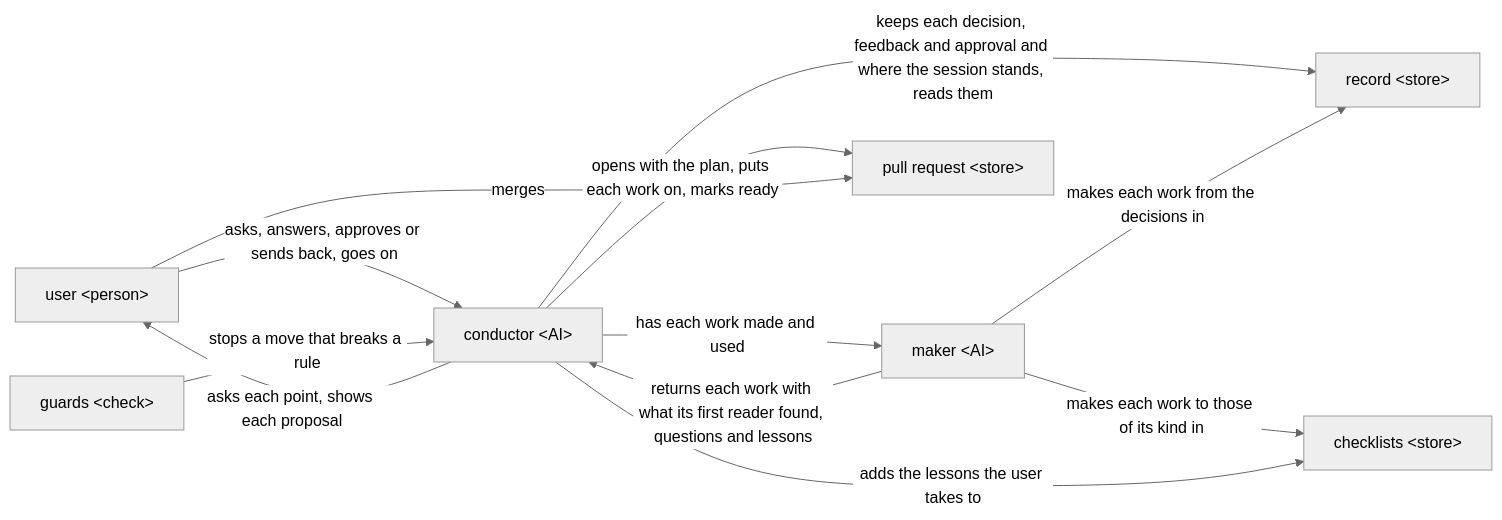
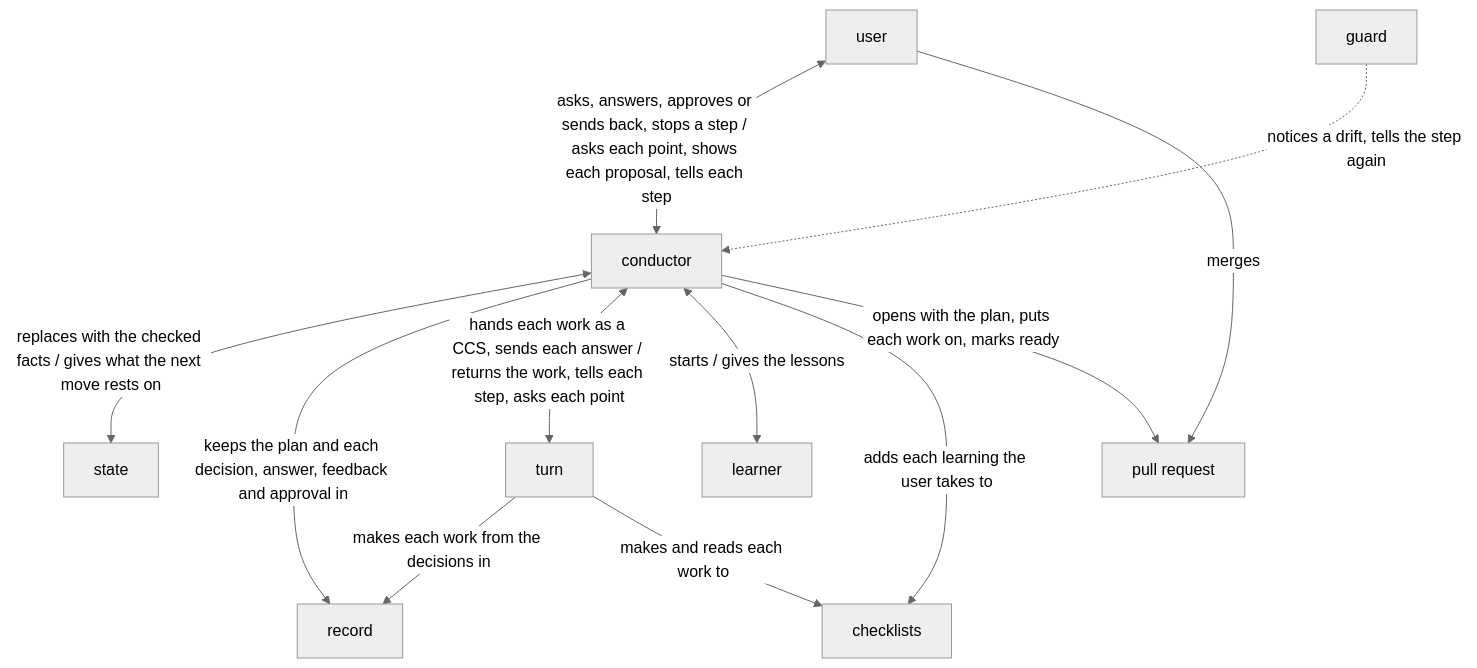
The diagram in dev/rn/architecture.md (lovaizu/ccpm), drawn with Mermaid (neutral theme) before and after one commit. The commit also changed other lines of this file and 2 other files, not shown here.

Commit message:
rn's architecture rewritten on its agreed concept to the checklist: the two drifts, ACC's CCS as the state and the hand-over to turn, lane's guard in place of rn's own hooks, and the README and UX followed where the old one differed; each case rule moved to the decisions; steering state

````diff
--- a/dev/rn/architecture.md
+++ b/dev/rn/architecture.md
@@ -54,21 +33,23 @@
 ```mermaid
-flowchart LR
-  user["user &lt;person&gt;"]
-  cond["conductor &lt;AI&gt;"]
-  maker["maker &lt;AI&gt;"]
-  rec["record &lt;store&gt;"]
-  cl["checklists &lt;store&gt;"]
-  guards["guards &lt;check&gt;"]
-  pr["pull request &lt;store&gt;"]
-  user -->|asks, answers, approves or sends back, goes on| cond
-  cond -->|asks each point, shows each proposal| user
-  cond -->|keeps each decision, feedback and approval and where the session stands, reads them| rec
-  cond -->|has each work made and used| maker
-  maker -->|makes each work from the decisions in| rec
-  maker -->|makes each work to those of its kind in| cl
-  maker -->|returns each work with what its first reader found, questions and lessons| cond
-  cond -->|adds the lessons the user takes to| cl
+flowchart TB
+  user["user"]
+  cond["conductor"]
+  state["state"]
+  record["record"]
+  turn["turn"]
+  cl["checklists"]
+  le["learner"]
+  pr["pull request"]
+  guard["guard"]
+  user <-->|asks, answers, approves or sends back, stops a step / asks each point, shows each proposal, tells each step| cond
+  cond <-->|replaces with the checked facts / gives what the next move rests on| state
+  cond -->|keeps the plan and each decision, answer, feedback and approval in| record
+  cond <-->|hands each work as a CCS, sends each answer / returns the work, tells each step, asks each point| turn
+  turn -->|makes each work from the decisions in| record
+  turn -->|makes and reads each work to| cl
+  cond <-->|starts / gives the lessons| le
+  cond -->|adds each learning the user takes to| cl
   cond -->|opens with the plan, puts each work on, marks ready| pr
-  guards -->|stops a move that breaks a rule| cond
   user -->|merges| pr
+  guard -.->|notices a drift, tells the step again| cond
 ```
````
